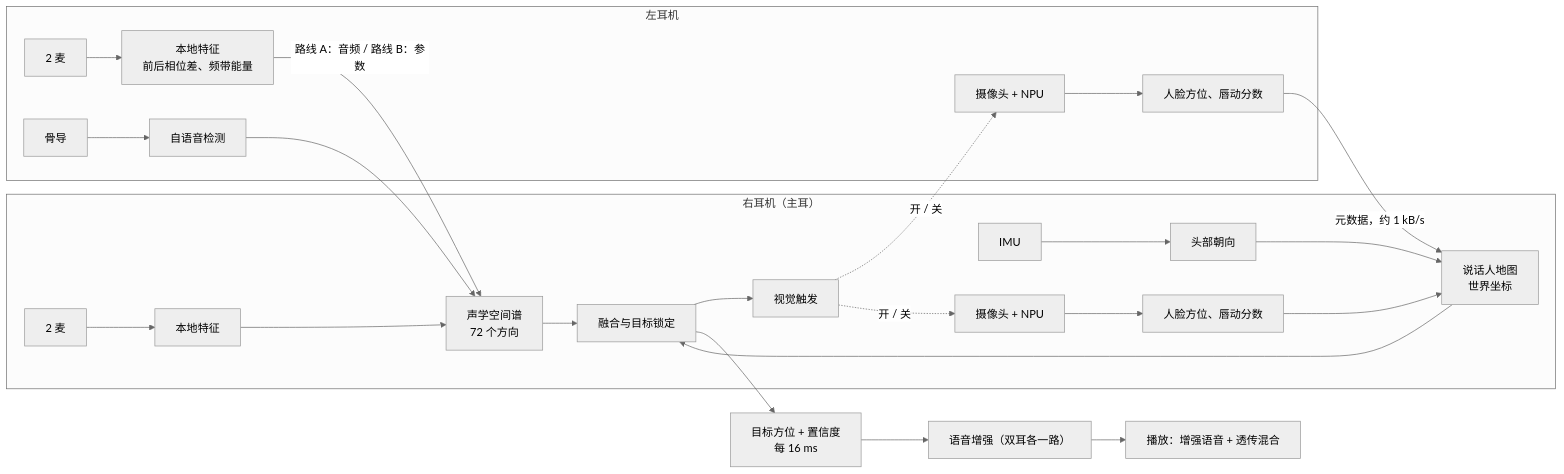
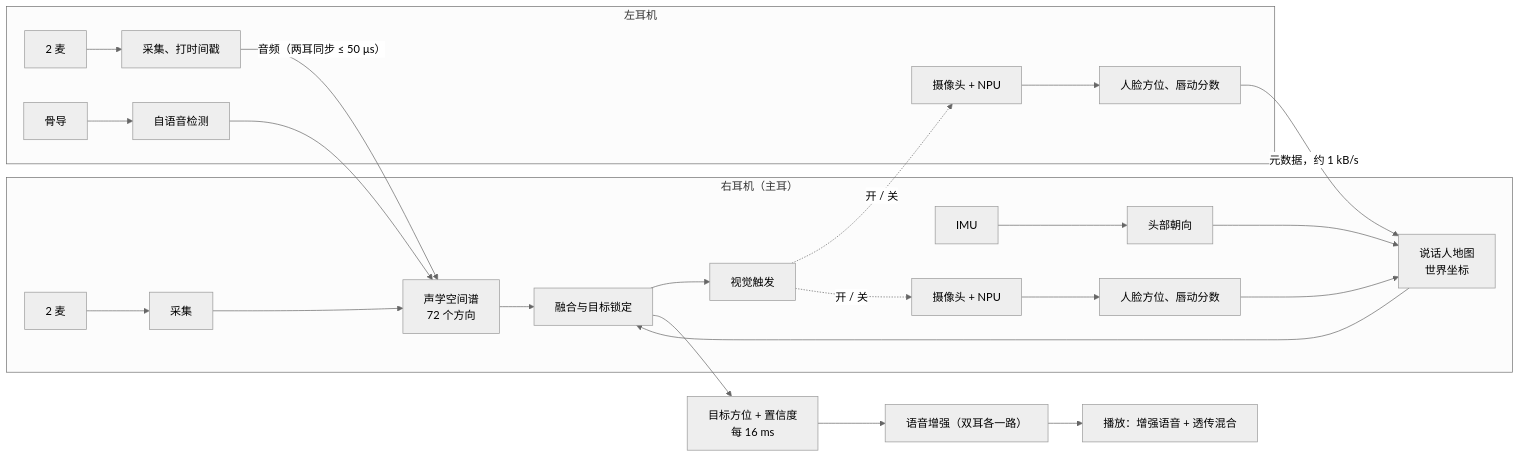
The diagram in 02_耳机声源定位/技术方案_v0.md (ZeroFoxxi/ssl-scene1), drawn with Mermaid (neutral theme) before and after one commit. The commit also changed other lines of this file and 18 other files, not shown here.

````diff
--- a/02_耳机声源定位/技术方案_v0.md
+++ b/02_耳机声源定位/技术方案_v0.md
@@ -52,31 +52,31 @@
 ```mermaid
 flowchart LR
   subgraph L[左耳机]
-    LM[2 麦] --> LF[本地特征<br/>前后相位差、频带能量]
+    LM[2 麦] --> LF[采集、打时间戳]
     LV[骨导] --> OV[自语音检测]
     LC[摄像头 + NPU] --> LD[人脸方位、唇动分数]
   end
   subgraph R[右耳机（主耳）]
-    RM[2 麦] --> RF[本地特征]
+    RM[2 麦] --> RF[采集]
     RI[IMU] --> HP[头部朝向]
     RC[摄像头 + NPU] --> RD[人脸方位、唇动分数]
     SSL[声学空间谱<br/>72 个方向]
     MAP[说话人地图<br/>世界坐标]
     FUS[融合与目标锁定]
     TRG[视觉触发]
   end
-  LF -- 路线 A：音频 / 路线 B：参数 --> SSL
+  LF -- 音频（两耳同步 ≤ 50 µs） --> SSL
   RF --> SSL
   OV --> SSL
   HP --> MAP
   LD -- 元数据，约 1 kB/s --> MAP
   RD --> MAP
   SSL --> FUS
   MAP --> FUS
   FUS --> TRG
   TRG -. 开 / 关 .-> LC
   TRG -. 开 / 关 .-> RC
   FUS --> OUT[目标方位 + 置信度<br/>每 16 ms]
   OUT --> ENH[语音增强（双耳各一路）]
   ENH --> SPK[播放：增强语音 + 透传混合]
 ```
````
